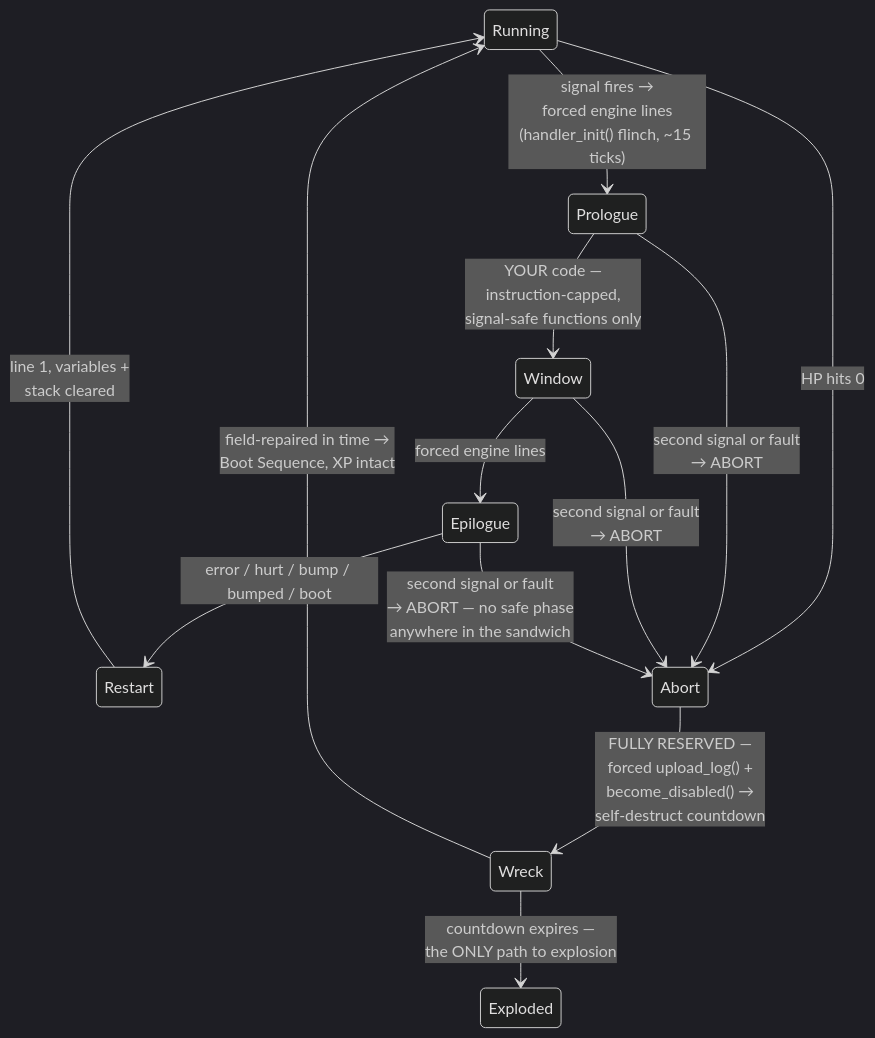
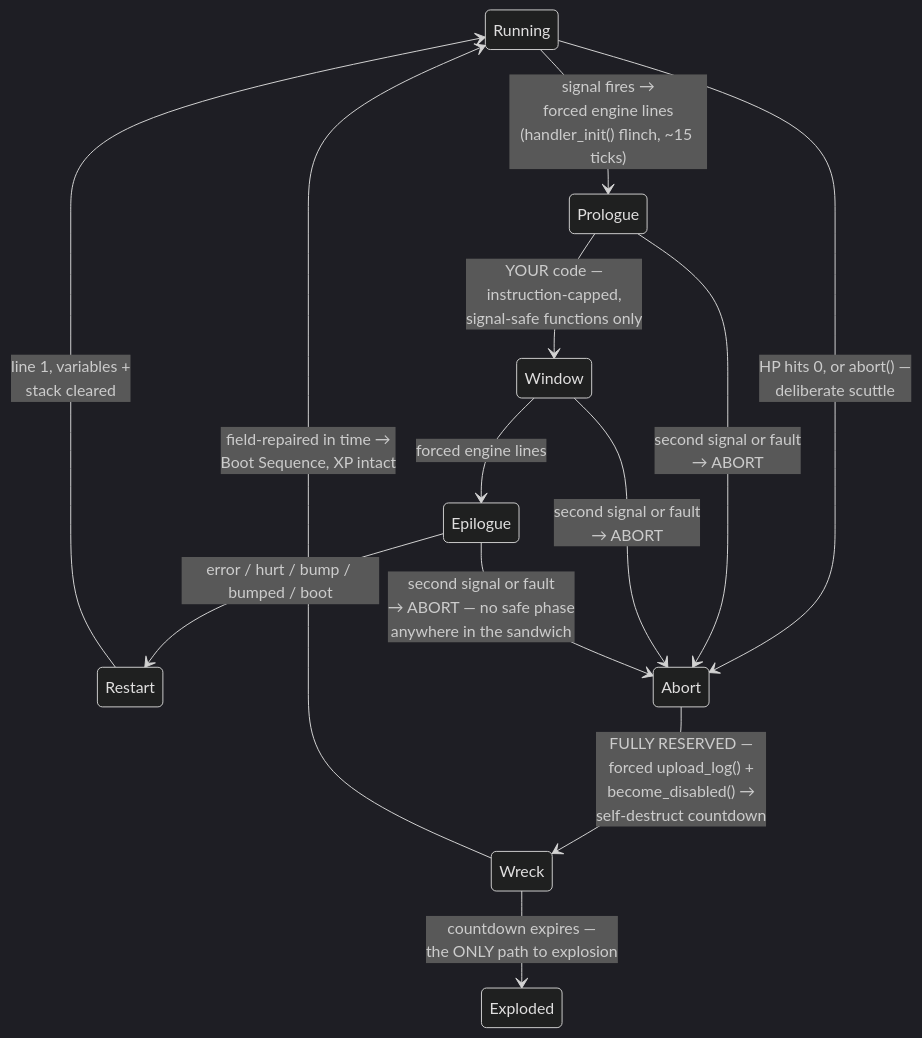
The second of 2 diagrams in docs/01-language.md (mmmtastymmm/programming-game-planned), drawn with Mermaid (dark theme) before and after one commit. The commit also changed other lines of this file and 8 other files, not shown here.

````diff
--- a/docs/01-language.md
+++ b/docs/01-language.md
@@ -46,15 +46,15 @@
 ```mermaid
 stateDiagram-v2
     Running --> Prologue: signal fires →<br/>forced engine lines<br/>(handler_init() flinch, ~15 ticks)
     Prologue --> Window: YOUR code —<br/>instruction-capped,<br/>signal-safe functions only
     Window --> Epilogue: forced engine lines
     Epilogue --> Restart: error / hurt / bump / bumped / boot
     Restart --> Running: line 1, variables +<br/>stack cleared
-    Running --> Abort: HP hits 0
+    Running --> Abort: HP hits 0, or abort() —<br/>deliberate scuttle
     Prologue --> Abort: second signal or fault<br/>→ ABORT
     Window --> Abort: second signal or fault<br/>→ ABORT
     Epilogue --> Abort: second signal or fault<br/>→ ABORT — no safe phase<br/>anywhere in the sandwich
     Abort --> Wreck: FULLY RESERVED —<br/>forced upload_log() +<br/>become_disabled() →<br/>self-destruct countdown
     Wreck --> Running: field-repaired in time →<br/>Boot Sequence, XP intact
     Wreck --> Exploded: countdown expires —<br/>the ONLY path to explosion
 ```
````
